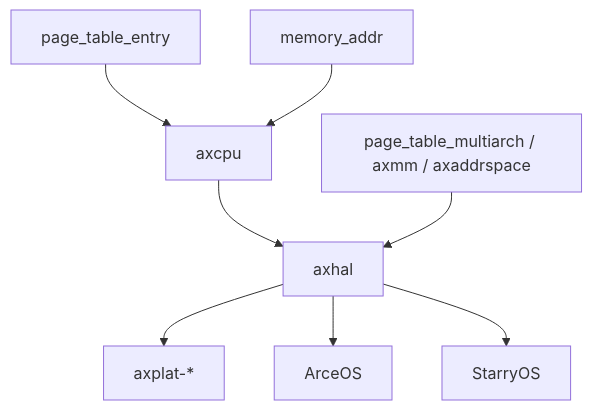
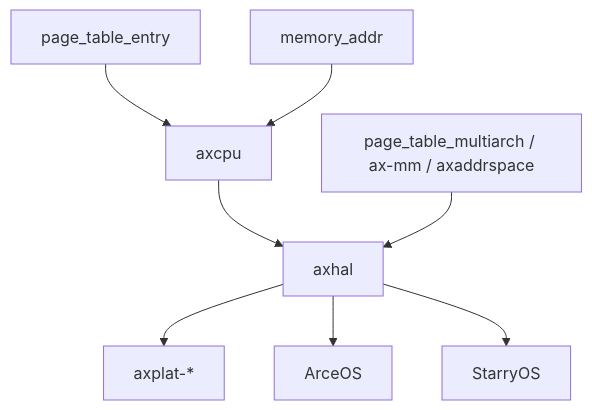
The diagram in docs/crates/axcpu.md (zKurisu/tgoskits), drawn with Mermaid before and after one commit. The commit also changed other lines of this file and 34 other files, not shown here.

````diff
--- a/docs/crates/axcpu.md
+++ b/docs/crates/axcpu.md
@@ -187,10 +187,10 @@
 ```mermaid
 graph TD
     A[page_table_entry] --> B[axcpu]
     C[memory_addr] --> B
     B --> D[axhal]
     D --> E[axplat-*]
     D --> F[ArceOS]
     D --> G[StarryOS]
-    H[page_table_multiarch / axmm / axaddrspace] --> D
+    H[page_table_multiarch / ax-mm / axaddrspace] --> D
 ```
````
